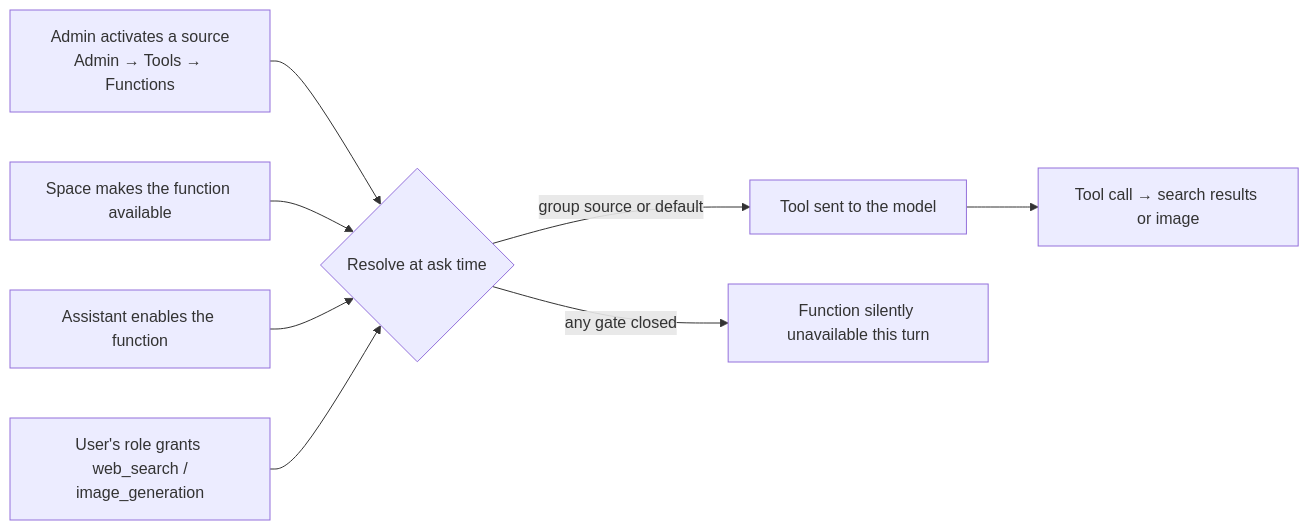
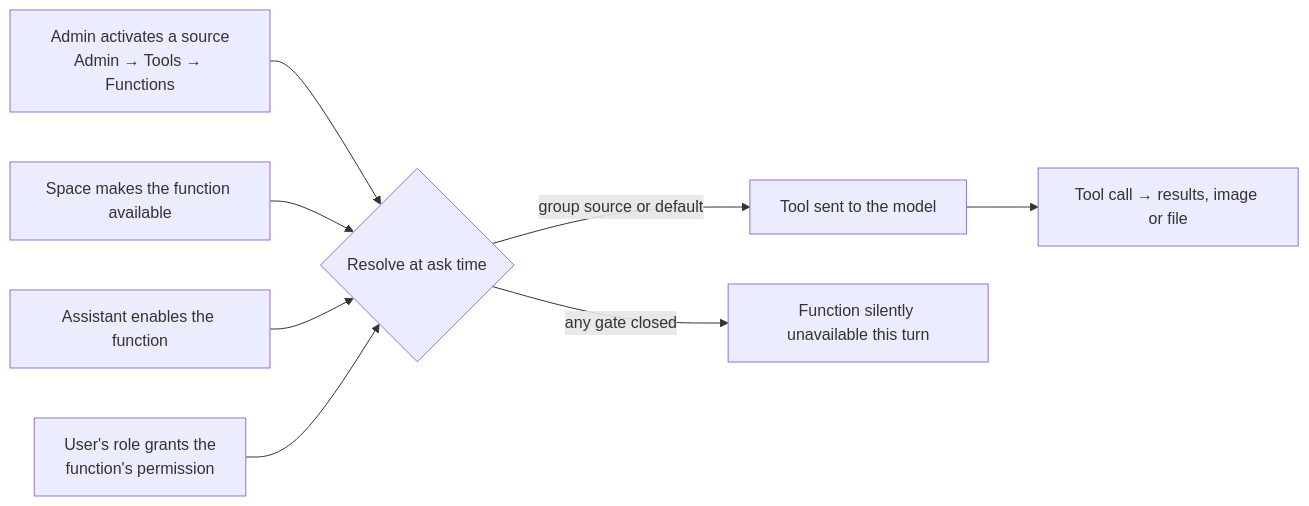
The first of 3 diagrams in frontend/apps/docs-site/src/content/guides/capabilities.mdx (eneo-ai/eneo), drawn with Mermaid before and after one commit. The commit also changed other lines of this file and 3 other files, not shown here.

````diff
--- a/frontend/apps/docs-site/src/content/guides/capabilities.mdx
+++ b/frontend/apps/docs-site/src/content/guides/capabilities.mdx
@@ -41,10 +45,10 @@
 ```mermaid
 flowchart LR
   A[Admin activates a source<br/>Admin → Tools → Functions] --> R
   S[Space makes the function available] --> R
   T[Assistant enables the function] --> R
-  P[User's role grants web_search /<br/>image_generation] --> R
+  P[User's role grants the<br/>function's permission] --> R
   R{Resolve at ask time} -->|group source or default| M[Tool sent to the model]
   R -->|any gate closed| N[Function silently unavailable this turn]
-  M --> C[Tool call → search results or image]
+  M --> C[Tool call → results, image or file]
 ```
````
